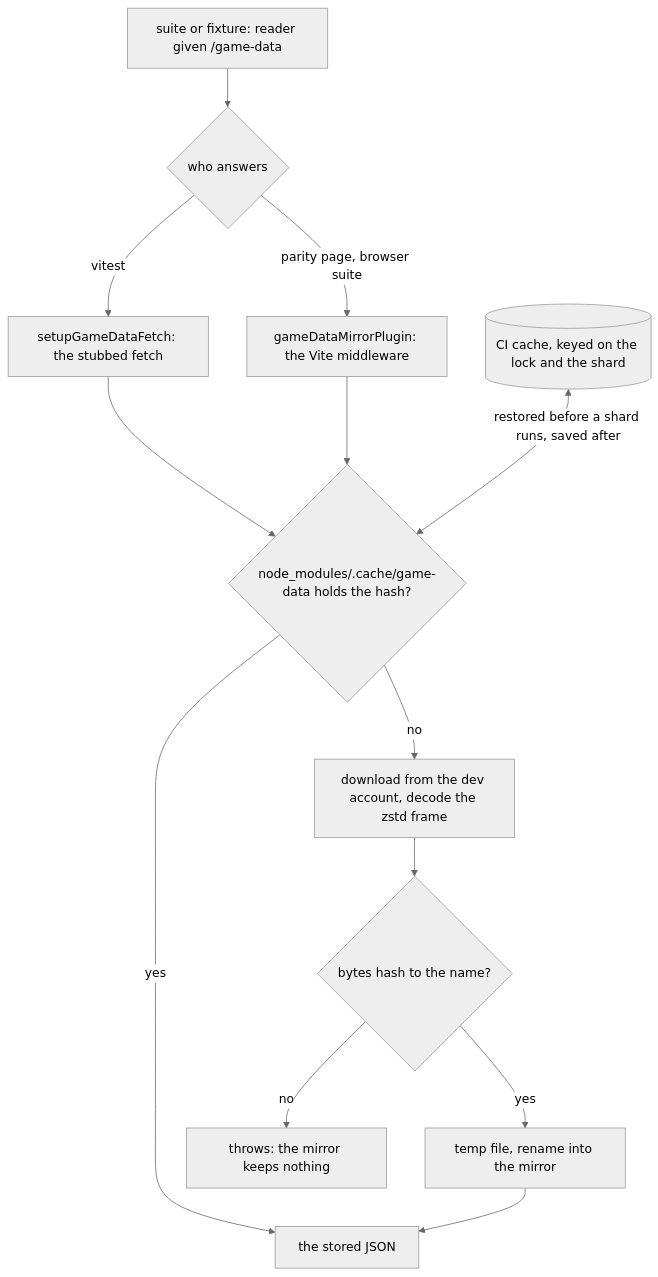
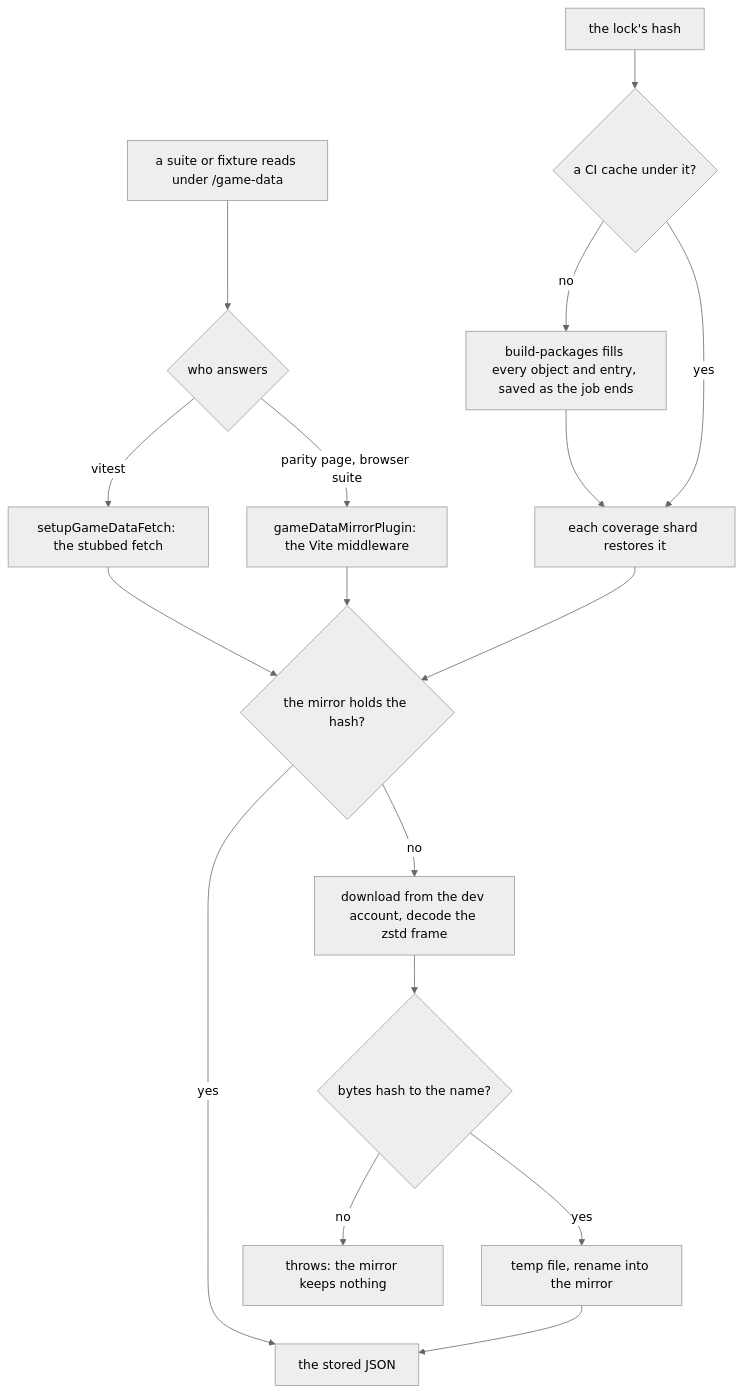
The fifth of 5 diagrams in apps/web/content/docs/genshin/hosted-game-data.md (Esposter/Esposter), drawn with Mermaid (neutral theme) before and after one commit. The commit also changed other lines of this file and 64 other files, not shown here.

````diff
--- a/apps/web/content/docs/genshin/hosted-game-data.md
+++ b/apps/web/content/docs/genshin/hosted-game-data.md
@@ -92,15 +182,19 @@
 ```mermaid
 flowchart TD
-  Suite["suite or fixture: reader given /game-data"] --> Route{"who answers"}
-  Route -->|"vitest"| Fetch["setupGameDataFetch: the stubbed fetch"]
+  Suite["a suite or fixture reads under /game-data"] --> Route{"who answers"}
+  Route -->|vitest| Fetch["setupGameDataFetch: the stubbed fetch"]
   Route -->|"parity page, browser suite"| Middleware["gameDataMirrorPlugin: the Vite middleware"]
-  Fetch --> Mirror{"node_modules/.cache/game-data holds the hash?"}
+  Fetch --> Mirror{"the mirror holds the hash?"}
   Middleware --> Mirror
   Mirror -->|yes| Serve["the stored JSON"]
   Mirror -->|no| Download["download from the dev account, decode the zstd frame"]
   Download --> Hash{"bytes hash to the name?"}
   Hash -->|no| Refuse["throws: the mirror keeps nothing"]
   Hash -->|yes| Store["temp file, rename into the mirror"]
   Store --> Serve
-  Cache[("CI cache, keyed on the lock and the shard")] <-->|"restored before a shard runs, saved after"| Mirror
+  Lock["the lock's hash"] --> Cached{"a CI cache under it?"}
+  Cached -->|no| Fill["build-packages fills every object and entry, saved as the job ends"]
+  Cached -->|yes| Restore["each coverage shard restores it"]
+  Fill --> Restore
+  Restore --> Mirror
 ```
````
